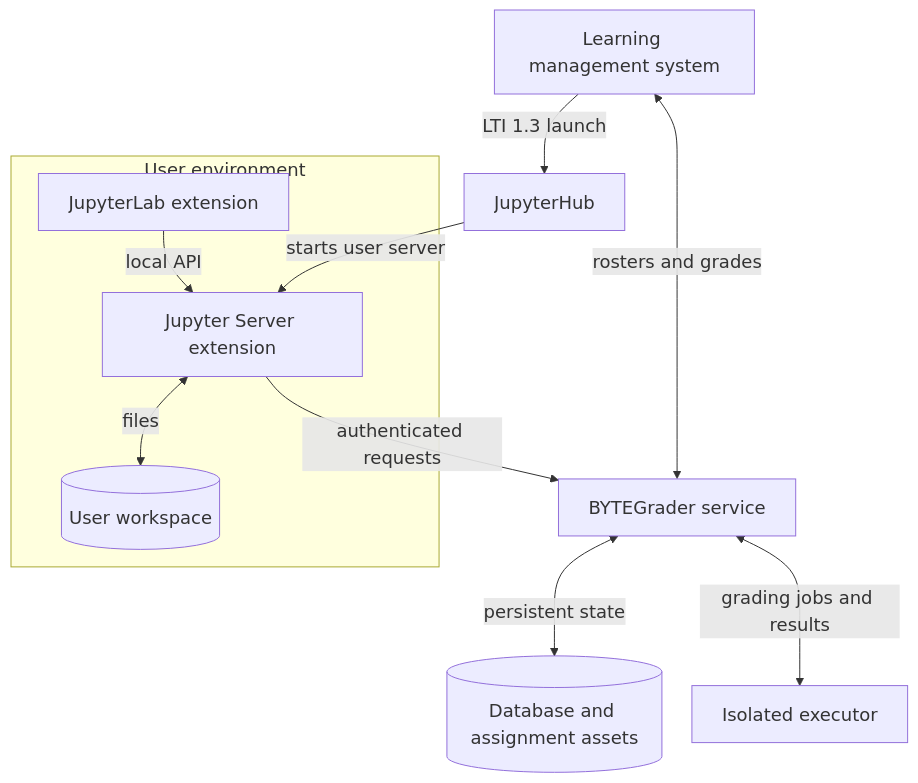
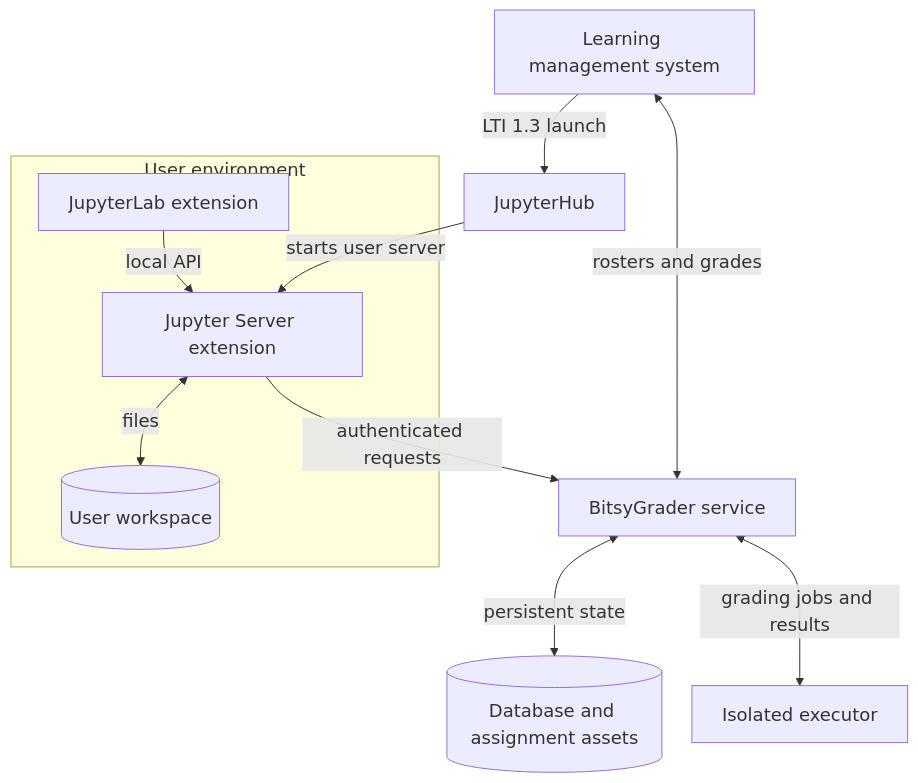
One commit to Kamuyin/bitsygrader changed the diagram in docs/developer/architecture.md. Above: the diagram before and after it, drawn with Mermaid. The commit also changed 200 other files, not shown here.

````diff
--- a/docs/developer/architecture.md
+++ b/docs/developer/architecture.md
@@ -5,26 +5,26 @@
 ```mermaid
 %%{init: {"themeVariables": {"fontSize": "18px"}, "flowchart": {"nodeSpacing": 30, "rankSpacing": 35}}}%%
 flowchart TB
     LMS["Learning management system"]
     JH["JupyterHub"]
 
     subgraph User["User environment"]
         Lab["JupyterLab extension"]
         Server["Jupyter Server extension"]
         Files[("User workspace")]
 
         Lab -->|"local API"| Server
         Server <-->|"files"| Files
     end
 
-    BG["BYTEGrader service"]
+    BG["BitsyGrader service"]
     State[("Database and assignment assets")]
     Executor["Isolated executor"]
 
     LMS -->|"LTI 1.3 launch"| JH
     JH -->|"starts user server"| Server
     Server -->|"authenticated requests"| BG
     BG <-->|"rosters and grades"| LMS
     BG <-->|"persistent state"| State
     BG <-->|"grading jobs and results"| Executor
 ```
````
